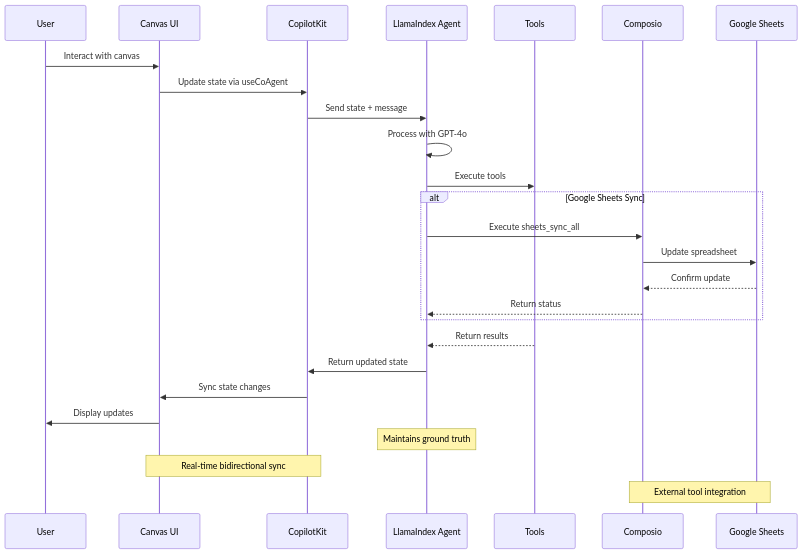
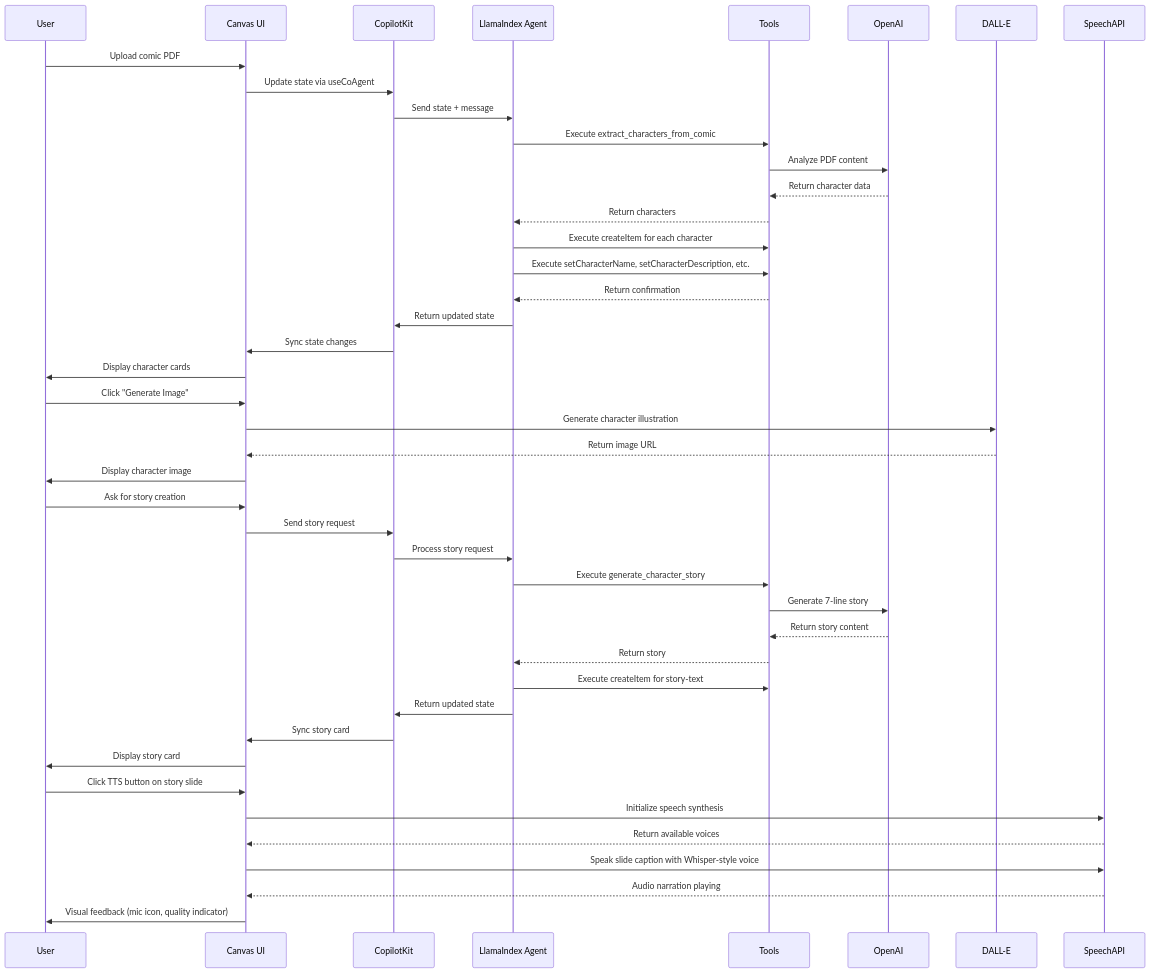
The second of 2 diagrams in README.md (soul-bits/tiny_legends), drawn with Mermaid before and after one commit. The commit also changed other lines of this file, not shown here.

````diff
--- a/README.md
+++ b/README.md
@@ -251,32 +207,48 @@
 ```mermaid
 sequenceDiagram
     participant User
     participant UI as Canvas UI
     participant CK as CopilotKit
     participant Agent as LlamaIndex Agent
     participant Tools
-    participant Composio
-    participant GSheets as Google Sheets
+    participant OpenAI
+    participant DALL-E
     
-    User->>UI: Interact with canvas
+    User->>UI: Upload comic PDF
     UI->>CK: Update state via useCoAgent
     CK->>Agent: Send state + message
-    Agent->>Agent: Process with GPT-4o
-    Agent->>Tools: Execute tools
-    
-    alt Google Sheets Sync
-        Agent->>Composio: Execute sheets_sync_all
-        Composio->>GSheets: Update spreadsheet
-        GSheets-->>Composio: Confirm update
-        Composio-->>Agent: Return status
-    end
-    
-    Tools-->>Agent: Return results
+    Agent->>Tools: Execute extract_characters_from_comic
+    Tools->>OpenAI: Analyze PDF content
+    OpenAI-->>Tools: Return character data
+    Tools-->>Agent: Return characters
+    Agent->>Tools: Execute createItem for each character
+    Agent->>Tools: Execute setCharacterName, setCharacterDescription, etc.
+    Tools-->>Agent: Return confirmation
     Agent->>CK: Return updated state
     CK->>UI: Sync state changes
-    UI->>User: Display updates
+    UI->>User: Display character cards
     
-    Note over Agent: Maintains ground truth
-    Note over UI,CK: Real-time bidirectional sync
-    Note over Composio,GSheets: External tool integration
+    User->>UI: Click "Generate Image"
+    UI->>DALL-E: Generate character illustration
+    DALL-E-->>UI: Return image URL
+    UI->>User: Display character image
+    
+    User->>UI: Ask for story creation
+    UI->>CK: Send story request
+    CK->>Agent: Process story request
+    Agent->>Tools: Execute generate_character_story
+    Tools->>OpenAI: Generate 7-line story
+    OpenAI-->>Tools: Return story content
+    Tools-->>Agent: Return story
+    Agent->>Tools: Execute createItem for story-text
+    Agent->>CK: Return updated state
+    CK->>UI: Sync story card
+    UI->>User: Display story card
+    
+    User->>UI: Click TTS button on story slide
+    UI->>SpeechAPI: Initialize speech synthesis
+    SpeechAPI-->>UI: Return available voices
+    UI->>SpeechAPI: Speak slide caption with Whisper-style voice
+    SpeechAPI-->>UI: Audio narration playing
+    UI->>User: Visual feedback (mic icon, quality indicator)
 ```
````
